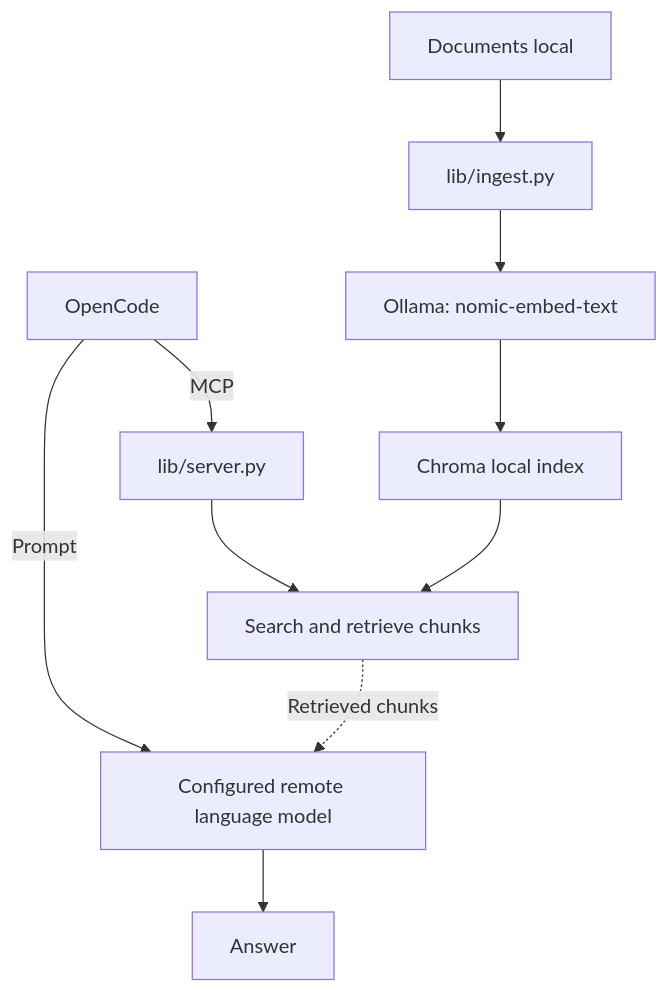
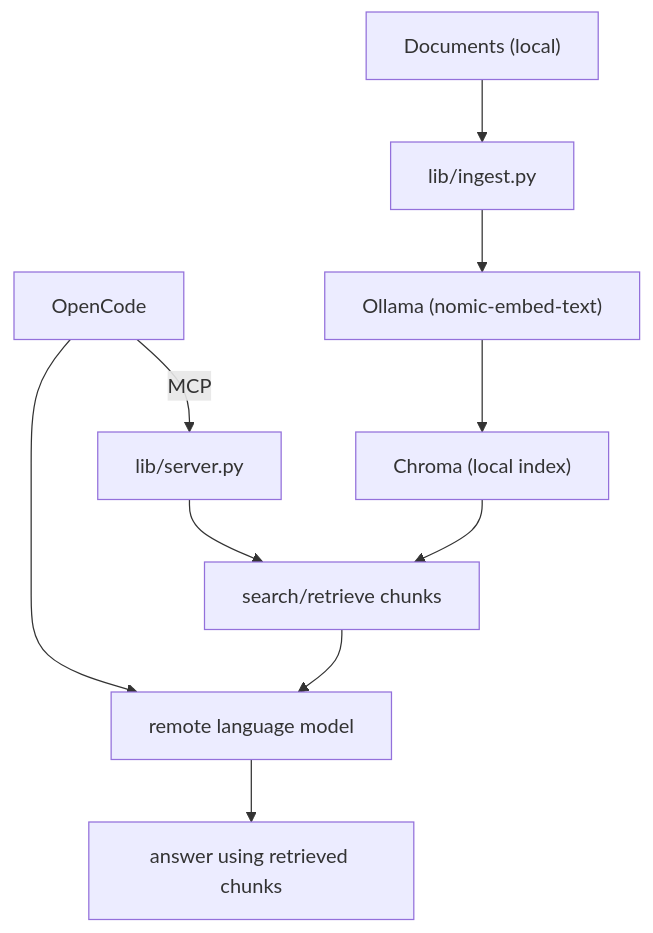
The diagram in README.md (andrepester/rag-search-mcp), drawn with Mermaid before and after one commit.

Commit message:
docs: simplify Mermaid diagram layout and labels

````diff
--- a/README.md
+++ b/README.md
@@ -13,14 +13,14 @@
 ```mermaid
 flowchart TD
-    A["Documents local"] --> B["lib/ingest.py"]
-    B --> C["Ollama: nomic-embed-text"]
-    C --> D["Chroma local index"]
+    A["Documents (local)"] --> B["lib/ingest.py"]
+    B --> C["Ollama (nomic-embed-text)"]
+    C --> D["Chroma (local index)"]
 
     E["OpenCode"] -->|MCP| F["lib/server.py"]
-    F --> G["Search and retrieve chunks"]
+    F --> G["search/retrieve chunks"]
     D --> G
 
-    E -->|Prompt| H["Configured remote language model"]
-    G -."Retrieved chunks".-> H
-    H --> I["Answer"]
+    E --> H["remote language model"]
+    G --> H
+    H --> I["answer using retrieved chunks"]
 ```
````
